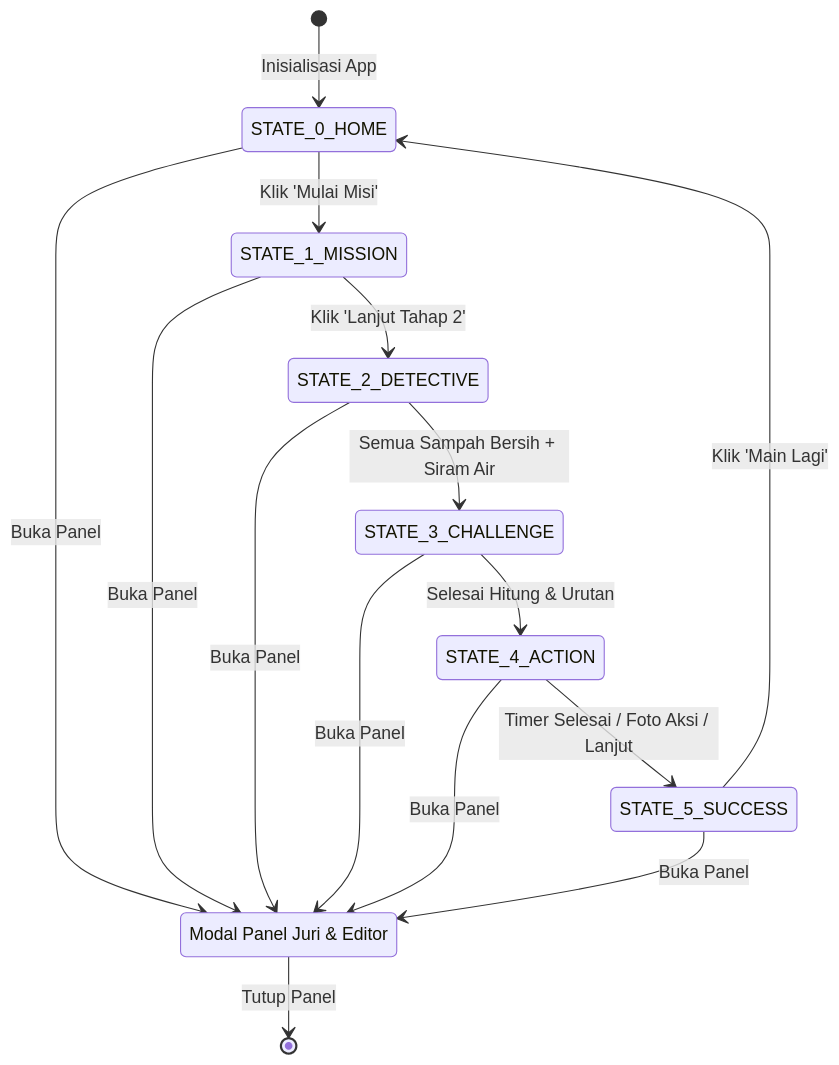
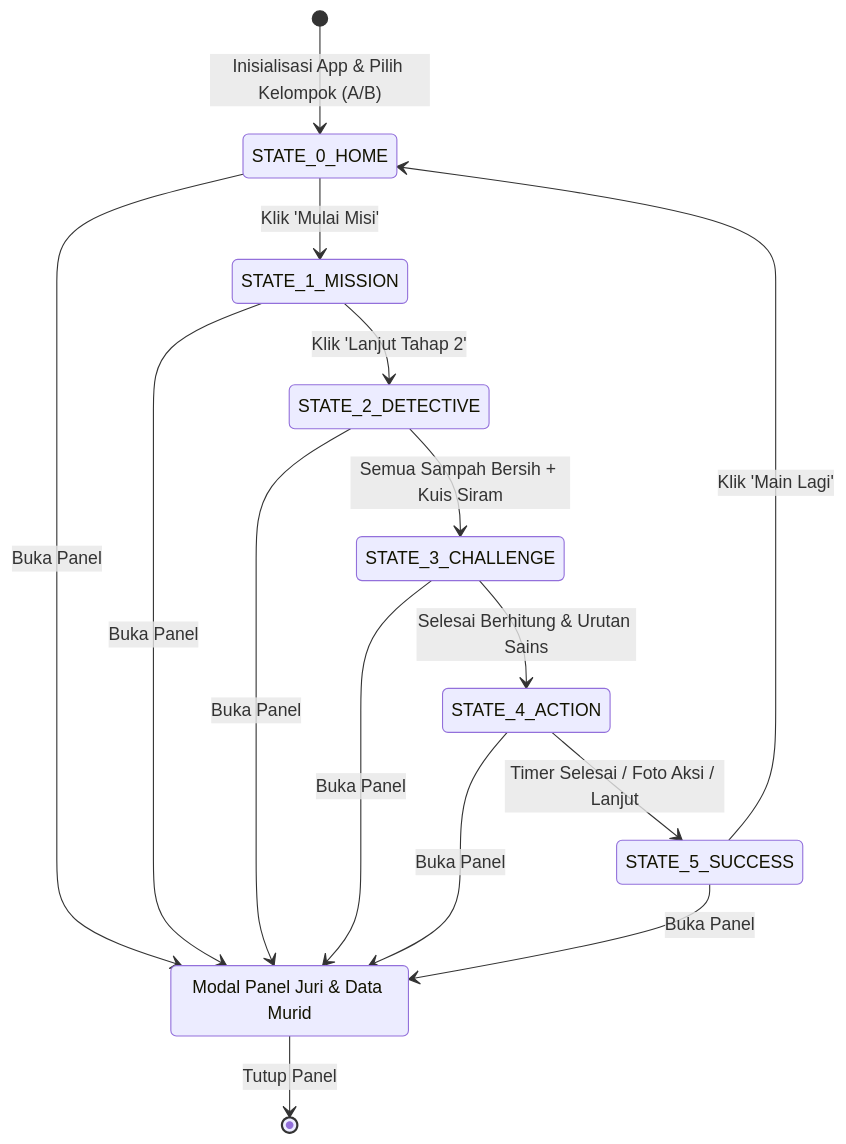
The second of 2 diagrams in docs/03_architecture/system_architecture.md (bud1purwanto/Misi-Cilik-Games-Edukasi), drawn with Mermaid before and after one commit. The commit also changed other lines of this file and 7 other files, not shown here.

````diff
--- a/docs/03_architecture/system_architecture.md
+++ b/docs/03_architecture/system_architecture.md
@@ -50,20 +59,20 @@
 ```mermaid
 stateDiagram-v2
-    [*] --> STATE_0_HOME: Inisialisasi App
+    [*] --> STATE_0_HOME: Inisialisasi App & Pilih Kelompok (A/B)
     
     STATE_0_HOME --> STATE_1_MISSION: Klik 'Mulai Misi'
     STATE_1_MISSION --> STATE_2_DETECTIVE: Klik 'Lanjut Tahap 2'
-    STATE_2_DETECTIVE --> STATE_3_CHALLENGE: Semua Sampah Bersih + Siram Air
-    STATE_3_CHALLENGE --> STATE_4_ACTION: Selesai Hitung & Urutan
+    STATE_2_DETECTIVE --> STATE_3_CHALLENGE: Semua Sampah Bersih + Kuis Siram
+    STATE_3_CHALLENGE --> STATE_4_ACTION: Selesai Berhitung & Urutan Sains
     STATE_4_ACTION --> STATE_5_SUCCESS: Timer Selesai / Foto Aksi / Lanjut
     STATE_5_SUCCESS --> STATE_0_HOME: Klik 'Main Lagi'
 
-    state "Modal Panel Juri & Editor" as MODAL_JURY
+    state "Modal Panel Juri & Data Murid" as MODAL_JURY
     STATE_0_HOME --> MODAL_JURY: Buka Panel
     STATE_1_MISSION --> MODAL_JURY: Buka Panel
     STATE_2_DETECTIVE --> MODAL_JURY: Buka Panel
     STATE_3_CHALLENGE --> MODAL_JURY: Buka Panel
     STATE_4_ACTION --> MODAL_JURY: Buka Panel
     STATE_5_SUCCESS --> MODAL_JURY: Buka Panel
     MODAL_JURY --> [*]: Tutup Panel
 ```
````
